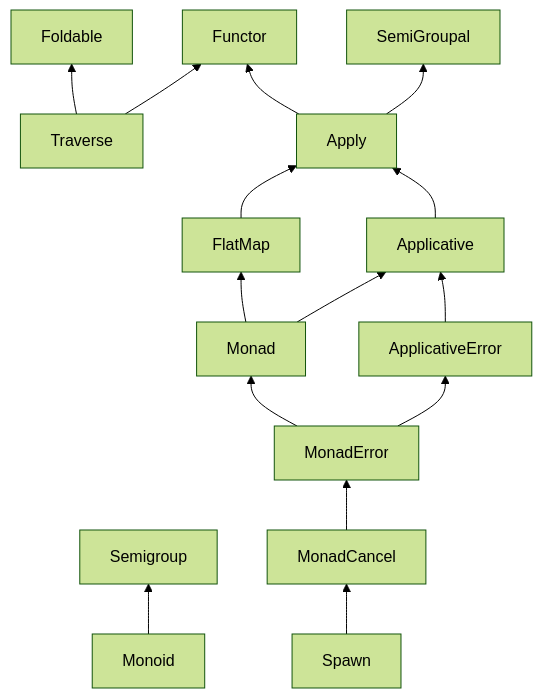
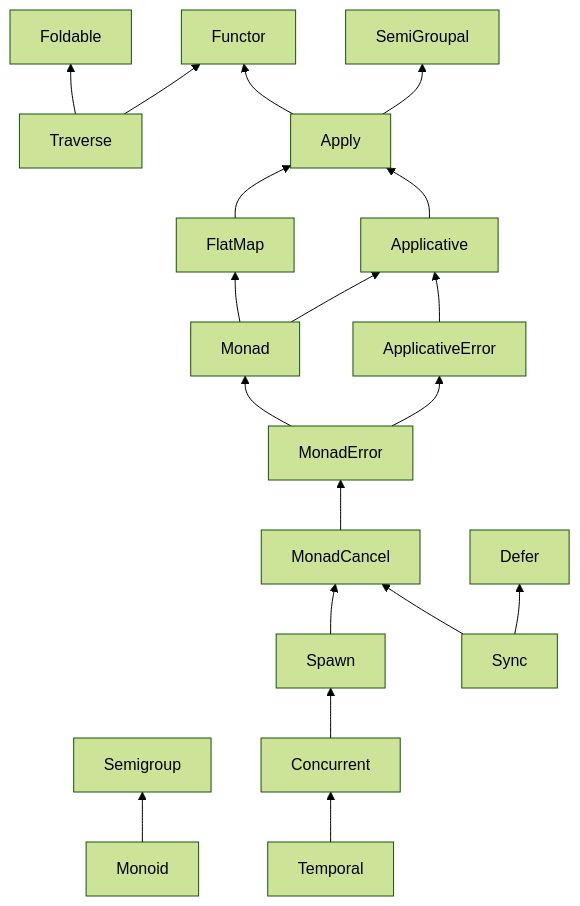
The diagram in README.md (marwhals/cats-effect-mine), drawn with Mermaid (forest theme) before and after one commit.

Commit message:
Update diagram

````diff
--- a/README.md
+++ b/README.md
@@ -7,21 +7,25 @@
 ```mermaid
 graph BT
     
     Monoid --> Semigroup
 
     Traverse --> Foldable
     Traverse --> Functor
     Apply --> Functor
     Apply --> SemiGroupal
     FlatMap --> Apply
     Applicative --> Apply
     Monad --> FlatMap
     Monad --> Applicative
     ApplicativeError --> Applicative
     MonadError --> Monad
     MonadError --> ApplicativeError
     MonadCancel --> MonadError
     Spawn --> MonadCancel
+    Sync --> MonadCancel
+    Sync --> Defer
+    Concurrent --> Spawn
+    Temporal --> Concurrent
     
     
 ```
````
